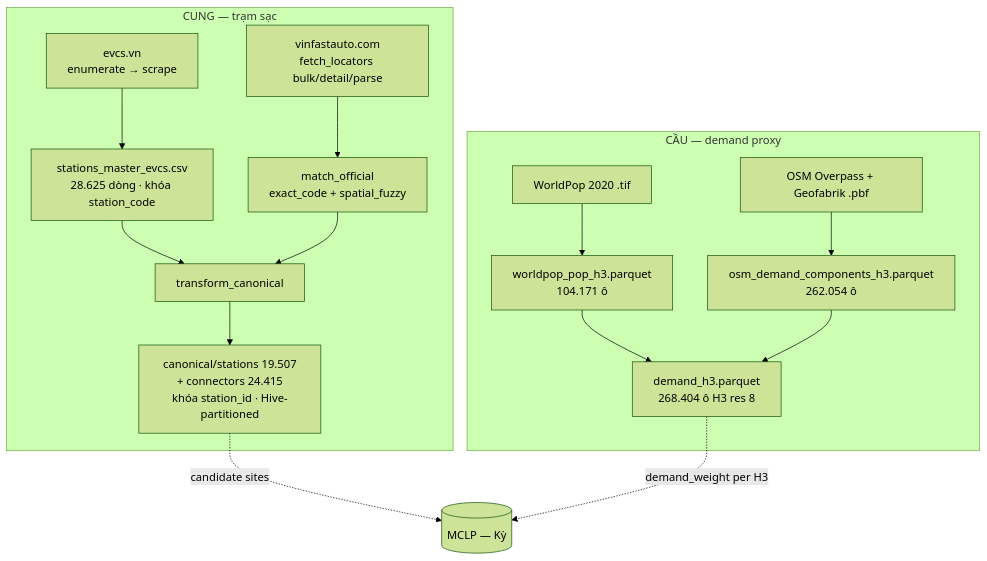
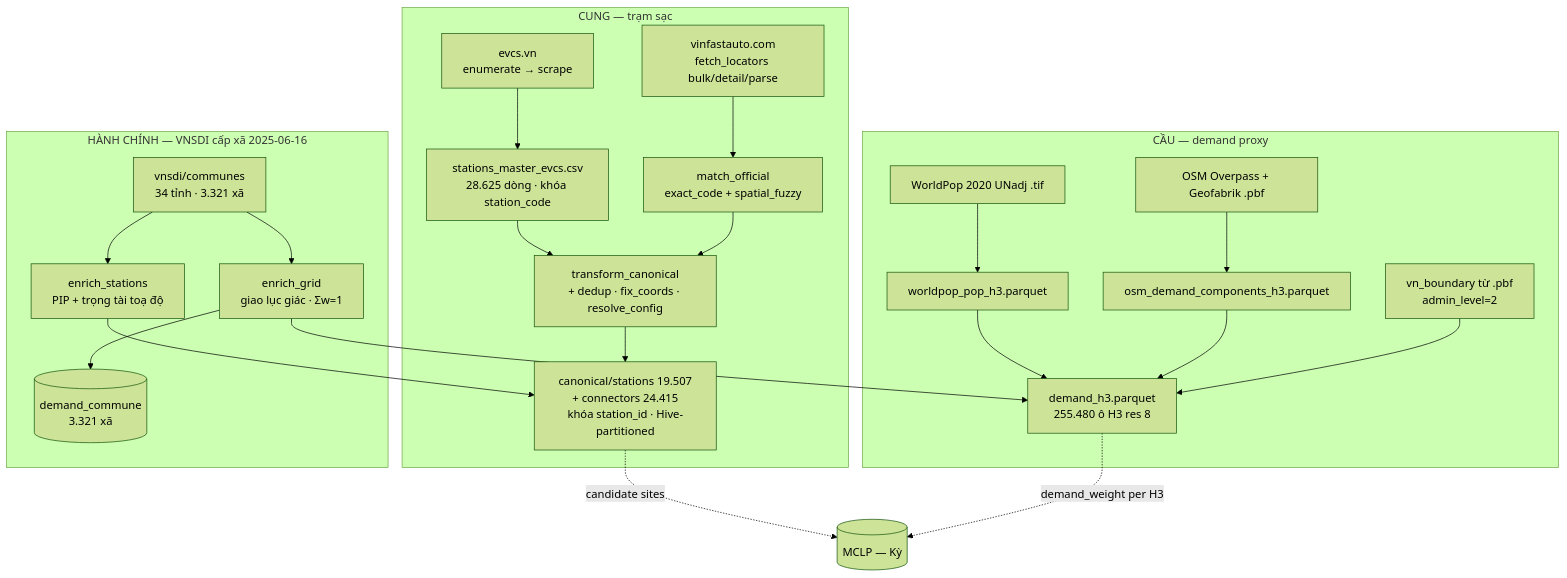
One commit to giangnt306/vgreen-charging-siting changed the diagram in docs/data-layer/overview.md. Above: the diagram before and after it, drawn with Mermaid (forest theme). The commit also changed other lines of this file and 46 other files, not shown here.

````diff
--- a/docs/data-layer/overview.md
+++ b/docs/data-layer/overview.md
@@ -26,18 +31,26 @@
 ```mermaid
 flowchart TD
     subgraph SUPPLY["CUNG — trạm sạc"]
         E1[evcs.vn<br/>enumerate → scrape] --> E2[stations_master_evcs.csv<br/>28.625 dòng · khóa station_code]
-        E2 --> E3[transform_canonical]
+        E2 --> E3[transform_canonical<br/>+ dedup · fix_coords · resolve_config]
         VF[vinfastauto.com<br/>fetch_locators bulk/detail/parse] --> XR[match_official<br/>exact_code + spatial_fuzzy]
         XR --> E3
         E3 --> CAN[canonical/stations 19.507<br/>+ connectors 24.415<br/>khóa station_id · Hive-partitioned]
     end
     subgraph DEMAND["CẦU — demand proxy"]
-        WP[WorldPop 2020 .tif] --> WPH[worldpop_pop_h3.parquet<br/>104.171 ô]
-        OSM[OSM Overpass + Geofabrik .pbf] --> OSMH[osm_demand_components_h3.parquet<br/>262.054 ô]
-        WPH --> DH[demand_h3.parquet<br/>268.404 ô H3 res 8]
+        WP[WorldPop 2020 UNadj .tif] --> WPH[worldpop_pop_h3.parquet]
+        OSM[OSM Overpass + Geofabrik .pbf] --> OSMH[osm_demand_components_h3.parquet]
+        WPH --> DH[demand_h3.parquet<br/>255.480 ô H3 res 8]
         OSMH --> DH
+        VN[vn_boundary từ .pbf<br/>admin_level=2] --> DH
+    end
+    subgraph ADMIN["HÀNH CHÍNH — VNSDI cấp xã 2025-06-16"]
+        VNSDI[vnsdi/communes<br/>34 tỉnh · 3.321 xã] --> AS[enrich_stations<br/>PIP + trọng tài toạ độ]
+        VNSDI --> AG[enrich_grid<br/>giao lục giác · Σw=1]
+        AS --> CAN
+        AG --> DH
+        AG --> DC[(demand_commune<br/>3.321 xã)]
     end
     CAN -.->|candidate sites| MCLP[(MCLP — Kỳ)]
     DH -.->|demand_weight per H3| MCLP
 ```
````
